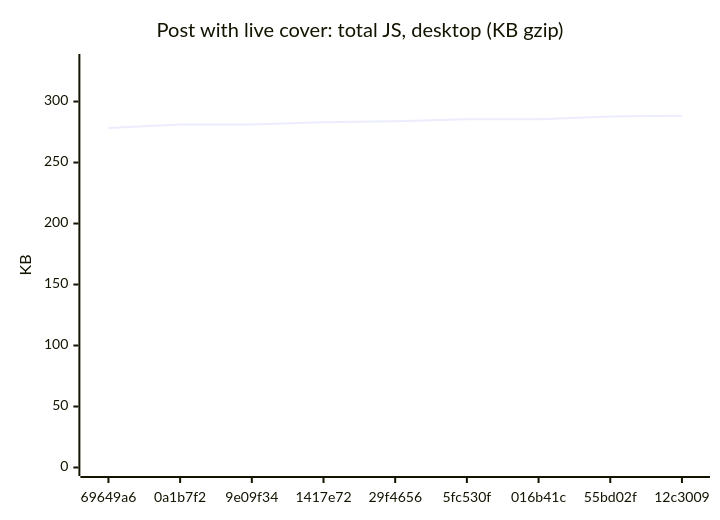
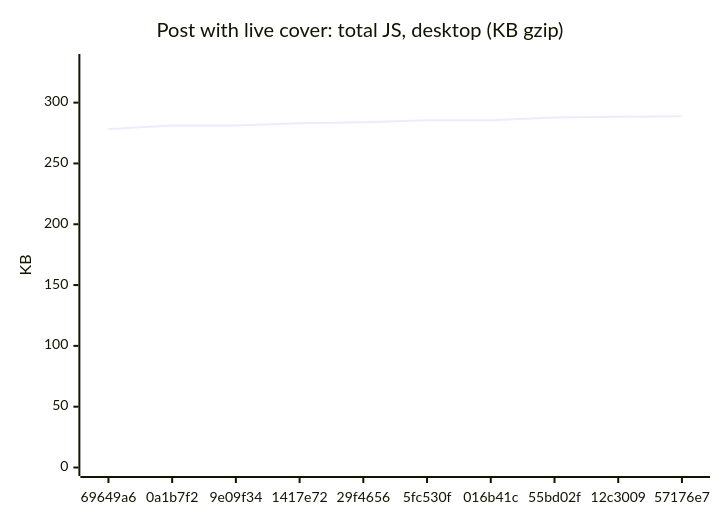
Before and after one commit to AxelUser/maltsev.space: diagram 13 of 18 in README.md, drawn with Mermaid. The commit also changed other lines of this file and 1 other file, not shown here.

````diff
--- a/README.md
+++ b/README.md
@@ -143,7 +143,7 @@
 ```mermaid
 xychart-beta
   title "Post with live cover: total JS, desktop (KB gzip)"
-  x-axis ["69649a6", "0a1b7f2", "9e09f34", "1417e72", "29f4656", "5fc530f", "016b41c", "55bd02f", "12c3009"]
-  y-axis "KB" 0 --> 332
-  line [278.3, 281.1, 281.1, 283.1, 283.9, 285.5, 285.5, 287.7, 288.4]
+  x-axis ["69649a6", "0a1b7f2", "9e09f34", "1417e72", "29f4656", "5fc530f", "016b41c", "55bd02f", "12c3009", "57176e7"]
+  y-axis "KB" 0 --> 333
+  line [278.3, 281.1, 281.1, 283.1, 283.9, 285.5, 285.5, 287.7, 288.4, 288.9]
 ```
````
